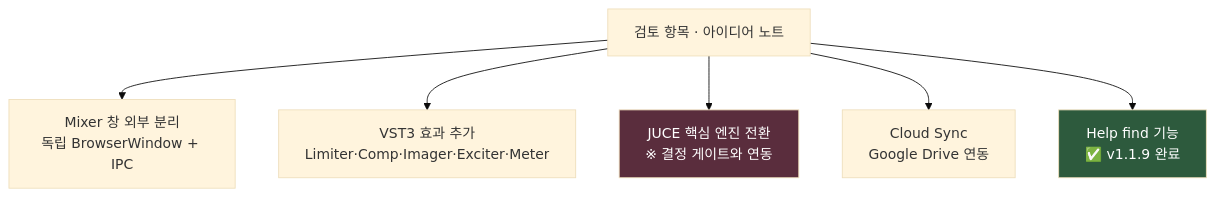
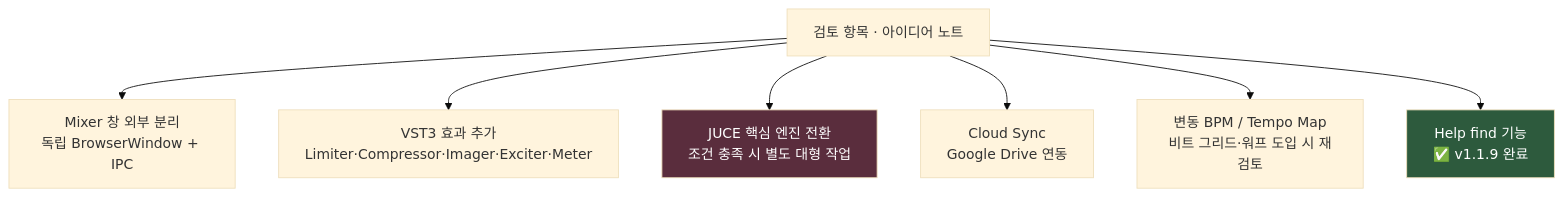
Before and after one commit to limsunglyong/FocusDAW-Studio: the fifth of 6 diagrams in 개발-프로세스.md, drawn with Mermaid (base theme). The commit also changed other lines of this file and 14 other files, not shown here.

````diff
--- a/개발-프로세스.md
+++ b/개발-프로세스.md
@@ -142,19 +189,21 @@
 ```mermaid
 flowchart TD
     ROOT[검토 항목 · 아이디어 노트]
 
     R1[Mixer 창 외부 분리<br/>독립 BrowserWindow + IPC]
-    R2[VST3 효과 추가<br/>Limiter·Comp·Imager·Exciter·Meter]
-    R3[JUCE 핵심 엔진 전환<br/>※ 결정 게이트와 연동]
+    R2[VST3 효과 추가<br/>Limiter·Compressor·Imager·Exciter·Meter]
+    R3[JUCE 핵심 엔진 전환<br/>조건 충족 시 별도 대형 작업]
     R4[Cloud Sync<br/>Google Drive 연동]
-    R5[Help find 기능<br/>✅ v1.1.9 완료]
+    R5[변동 BPM / Tempo Map<br/>비트 그리드·워프 도입 시 재검토]
+    R6[Help find 기능<br/>✅ v1.1.9 완료]
 
     ROOT --> R1
     ROOT --> R2
     ROOT --> R3
     ROOT --> R4
     ROOT --> R5
+    ROOT --> R6
 
-    style R5 fill:#2d5a3d,color:#fff
     style R3 fill:#5a2d3d,color:#fff
+    style R6 fill:#2d5a3d,color:#fff
 ```
````
